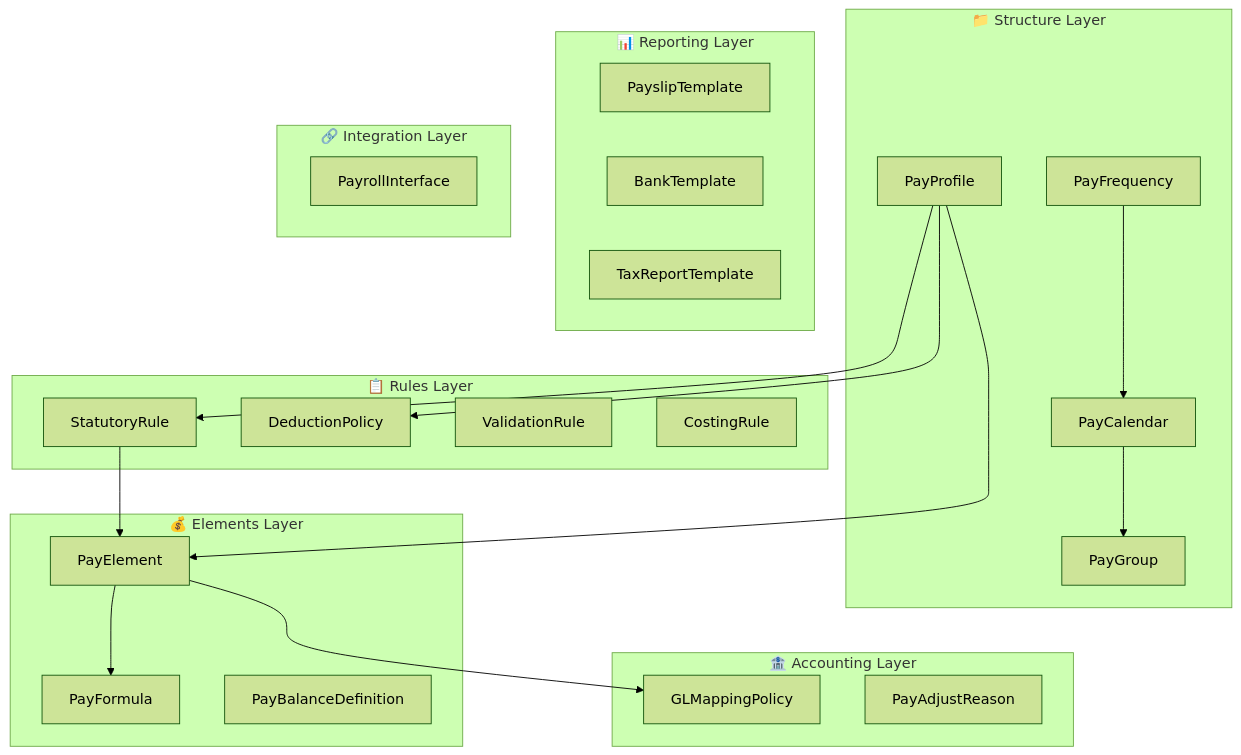
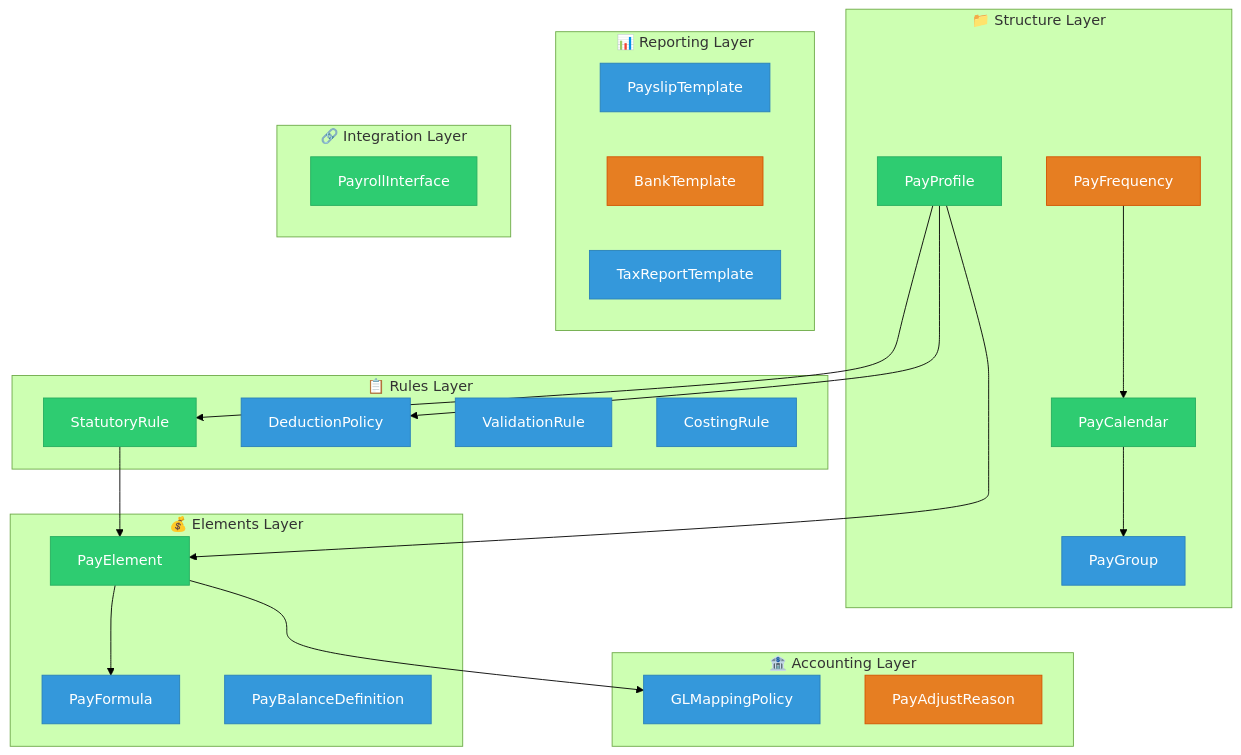
Before and after one commit to a4b-corporation/xTalent: the second of 7 diagrams in docs/01-modules/PR/01-concept/PR-concept-overview.md, drawn with Mermaid (forest theme). The commit also changed other lines of this file, not shown here.

Commit message:
chore: sync docs from a4b-doc [skip ci]

````diff
--- a/docs/01-modules/PR/01-concept/PR-concept-overview.md
+++ b/docs/01-modules/PR/01-concept/PR-concept-overview.md
@@ -56,46 +56,70 @@
 ```mermaid
 flowchart TB
     subgraph Structure["📁 Structure Layer"]
         PF[PayFrequency]
         PC[PayCalendar]
         PG[PayGroup]
         PP[PayProfile]
     end
     
     subgraph Elements["💰 Elements Layer"]
         PE[PayElement]
         PFo[PayFormula]
         PBD[PayBalanceDefinition]
     end
     
     subgraph Rules["📋 Rules Layer"]
         SR[StatutoryRule]
         DP[DeductionPolicy]
         VR[ValidationRule]
         CR[CostingRule]
     end
     
     subgraph Accounting["🏦 Accounting Layer"]
         GL[GLMappingPolicy]
         AR[PayAdjustReason]
     end
     
     subgraph Reporting["📊 Reporting Layer"]
         PT[PayslipTemplate]
         BT[BankTemplate]
         TT[TaxReportTemplate]
     end
     
     subgraph Integration["🔗 Integration Layer"]
         PI[PayrollInterface]
     end
     
     PF --> PC
     PC --> PG
     PP --> PE
     PP --> SR
     PP --> DP
     PE --> PFo
     PE --> GL
     SR --> PE
+
+    %% Color by Classification
+    %% AGGREGATE_ROOT - Green
+    style PC fill:#2ecc71,stroke:#27ae60,color:#fff
+    style PP fill:#2ecc71,stroke:#27ae60,color:#fff
+    style PE fill:#2ecc71,stroke:#27ae60,color:#fff
+    style SR fill:#2ecc71,stroke:#27ae60,color:#fff
+    style PI fill:#2ecc71,stroke:#27ae60,color:#fff
+    
+    %% ENTITY - Blue
+    style PG fill:#3498db,stroke:#2980b9,color:#fff
+    style PFo fill:#3498db,stroke:#2980b9,color:#fff
+    style PBD fill:#3498db,stroke:#2980b9,color:#fff
+    style DP fill:#3498db,stroke:#2980b9,color:#fff
+    style VR fill:#3498db,stroke:#2980b9,color:#fff
+    style CR fill:#3498db,stroke:#2980b9,color:#fff
+    style GL fill:#3498db,stroke:#2980b9,color:#fff
+    style PT fill:#3498db,stroke:#2980b9,color:#fff
+    style TT fill:#3498db,stroke:#2980b9,color:#fff
+    
+    %% REFERENCE_DATA - Orange
+    style PF fill:#e67e22,stroke:#d35400,color:#fff
+    style AR fill:#e67e22,stroke:#d35400,color:#fff
+    style BT fill:#e67e22,stroke:#d35400,color:#fff
 ```
````
